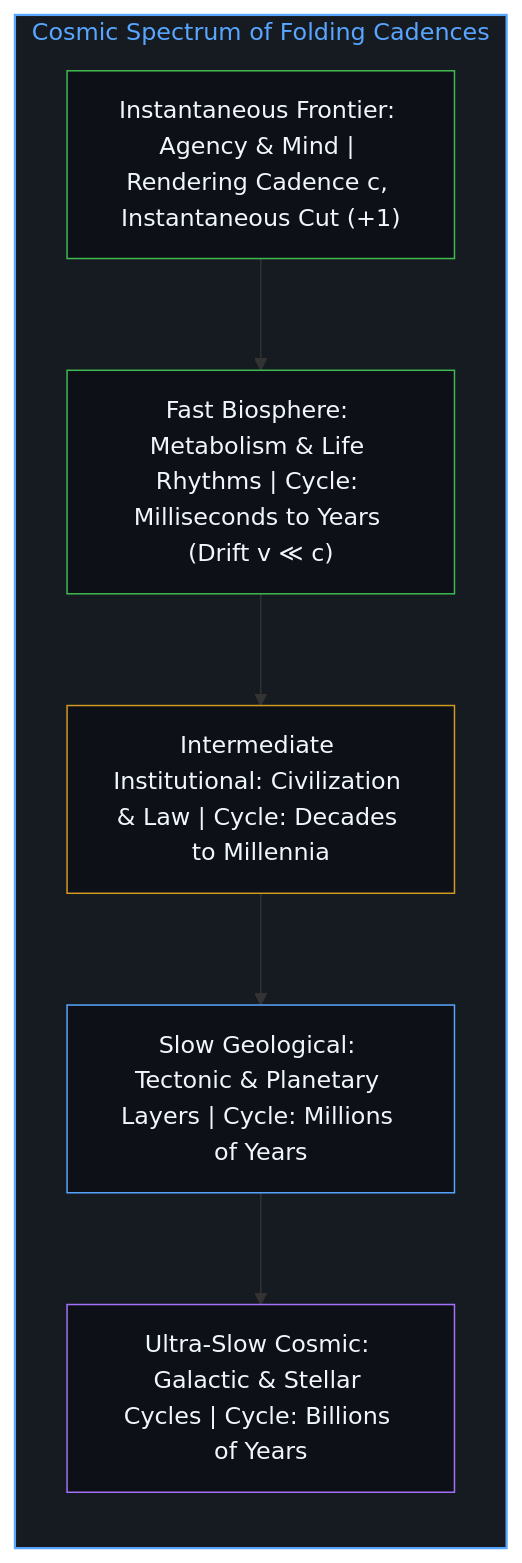
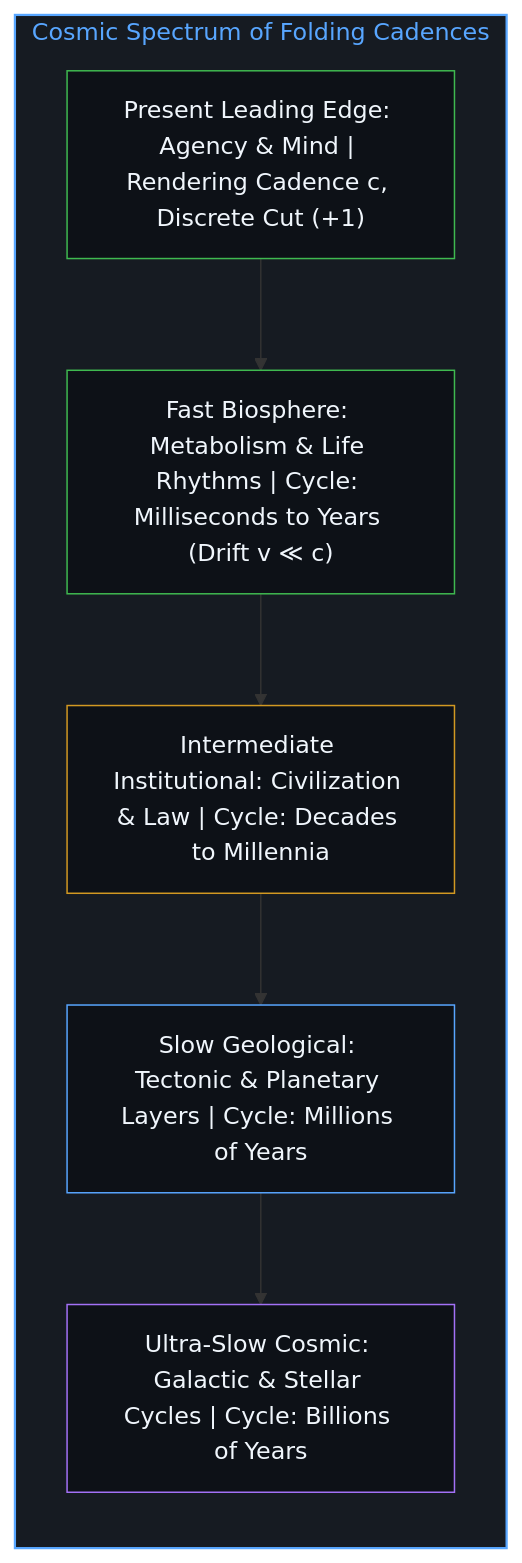
The tenth of 10 diagrams in content/posts/the-velocity-of-visibility.md (powerpig99/not-a-toe), drawn with Mermaid before and after one commit. The commit also changed other lines of this file and 5 other files, not shown here.

````diff
--- a/content/posts/the-velocity-of-visibility.md
+++ b/content/posts/the-velocity-of-visibility.md
@@ -300,18 +300,18 @@
 ```mermaid
 flowchart TD
     subgraph S_Spectrum["Cosmic Spectrum of Folding Cadences"]
         direction TB
-        MindBand["Instantaneous Frontier: Agency & Mind | Rendering Cadence c, Instantaneous Cut (+1)"]
+        MindBand["Present Leading Edge: Agency & Mind | Rendering Cadence c, Discrete Cut (+1)"]
         BioBand["Fast Biosphere: Metabolism & Life Rhythms | Cycle: Milliseconds to Years (Drift v ≪ c)"]
         InstBand["Intermediate Institutional: Civilization & Law | Cycle: Decades to Millennia"]
         GeoBand["Slow Geological: Tectonic & Planetary Layers | Cycle: Millions of Years"]
         CosmicBand["Ultra-Slow Cosmic: Galactic & Stellar Cycles | Cycle: Billions of Years"]
         MindBand --> BioBand --> InstBand --> GeoBand --> CosmicBand
     end
     style S_Spectrum fill:#161b22,stroke:#58a6ff,stroke-width:1.5px,color:#58a6ff
     style MindBand fill:#0d1117,stroke:#3fb950,stroke-width:1px,color:#f0f6fc
     style BioBand fill:#0d1117,stroke:#3fb950,stroke-width:1px,color:#f0f6fc
     style InstBand fill:#0d1117,stroke:#d29922,stroke-width:1px,color:#f0f6fc
     style GeoBand fill:#0d1117,stroke:#58a6ff,stroke-width:1px,color:#f0f6fc
     style CosmicBand fill:#0d1117,stroke:#a371f7,stroke-width:1px,color:#f0f6fc
 ```
````
